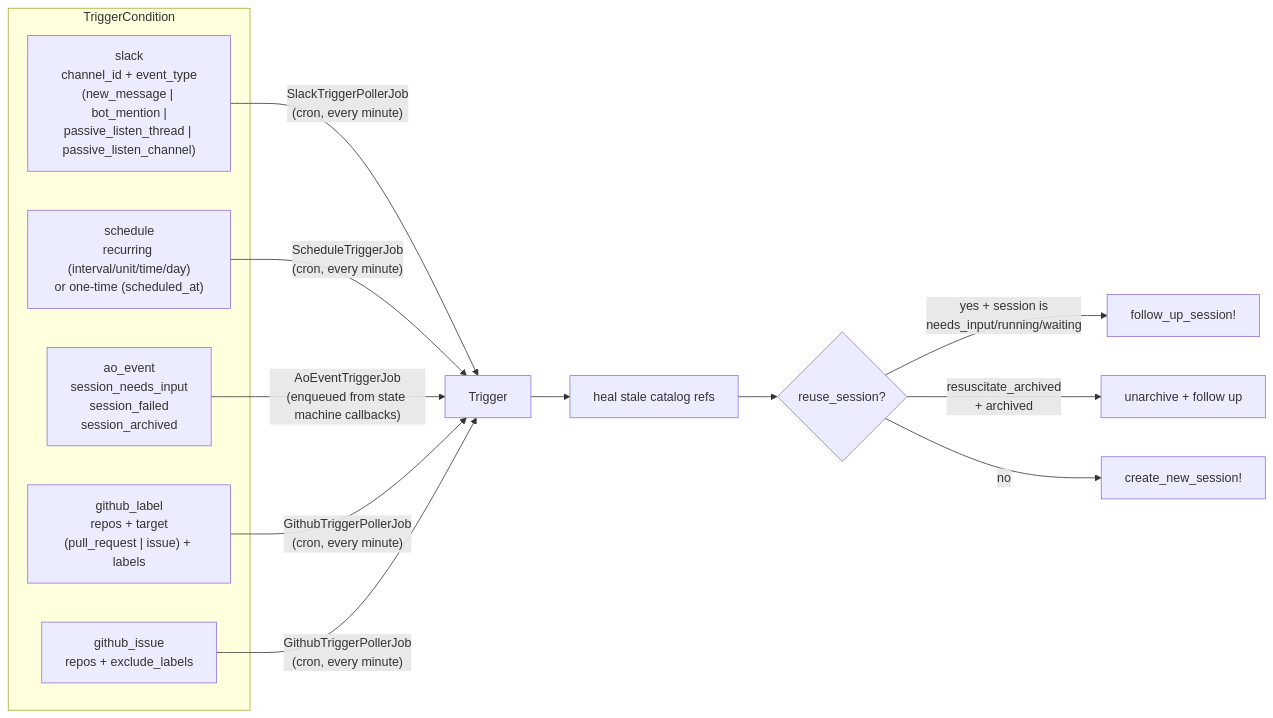
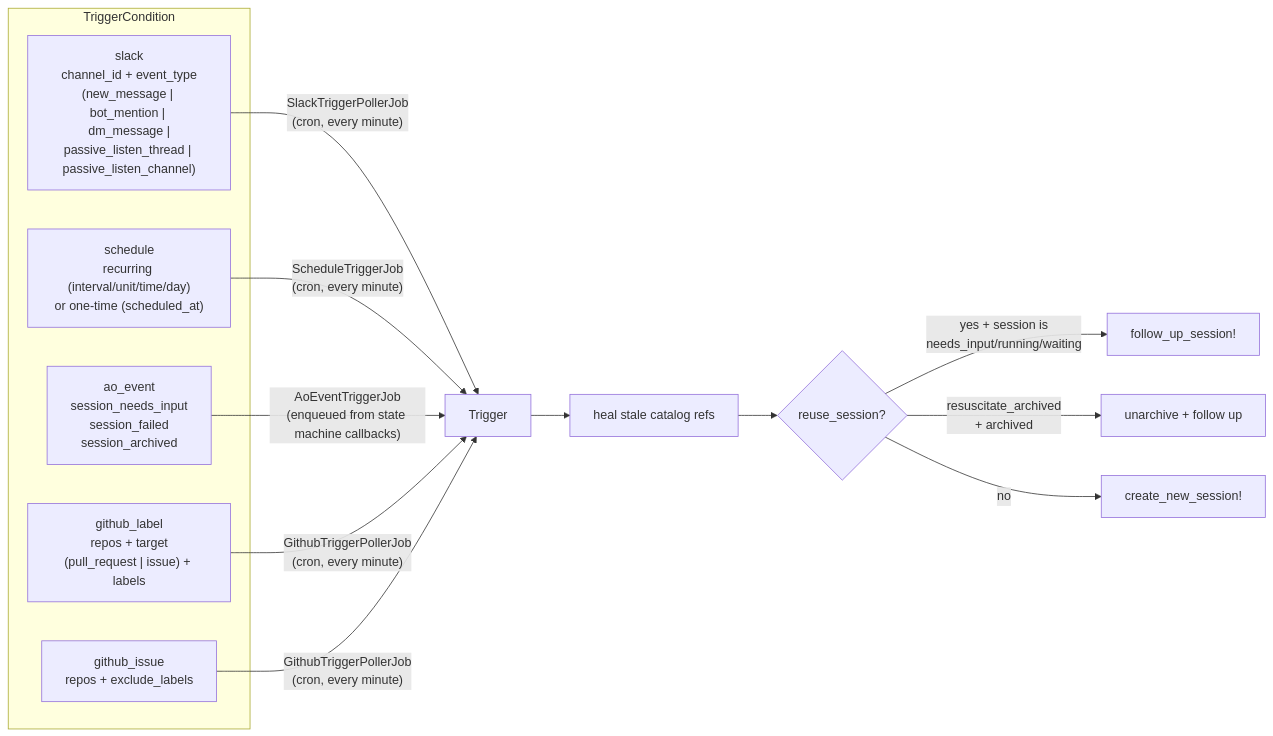
One commit to tadasant/zimmer changed the first of 2 diagrams in docs/src/content/docs/sessions/triggers.md. Above: the diagram before and after it, drawn with Mermaid. The commit also changed other lines of this file and 8 other files, not shown here.

````diff
--- a/docs/src/content/docs/sessions/triggers.md
+++ b/docs/src/content/docs/sessions/triggers.md
@@ -15,22 +15,22 @@
 ```mermaid
 flowchart LR
     subgraph conditions["TriggerCondition"]
-        SL["slack<br/>channel_id + event_type<br/>(new_message | bot_mention |<br/>passive_listen_thread | passive_listen_channel)"]
+        SL["slack<br/>channel_id + event_type<br/>(new_message | bot_mention | dm_message |<br/>passive_listen_thread | passive_listen_channel)"]
         SC["schedule<br/>recurring (interval/unit/time/day)<br/>or one-time (scheduled_at)"]
         AO["ao_event<br/>session_needs_input<br/>session_failed<br/>session_archived"]
         GL["github_label<br/>repos + target<br/>(pull_request | issue) + labels"]
         GI["github_issue<br/>repos + exclude_labels"]
     end
 
     SL -->|"SlackTriggerPollerJob<br/>(cron, every minute)"| T["Trigger"]
     SC -->|"ScheduleTriggerJob<br/>(cron, every minute)"| T
     AO -->|"AoEventTriggerJob<br/>(enqueued from state machine callbacks)"| T
     GL -->|"GithubTriggerPollerJob<br/>(cron, every minute)"| T
     GI -->|"GithubTriggerPollerJob<br/>(cron, every minute)"| T
 
     T --> H["heal stale catalog refs"]
     H --> D{"reuse_session?"}
     D -->|"yes + session is<br/>needs_input/running/waiting"| FU["follow_up_session!"]
     D -->|"resuscitate_archived<br/>+ archived"| RS["unarchive + follow up"]
     D -->|no| NEW["create_new_session!"]
 ```
````
